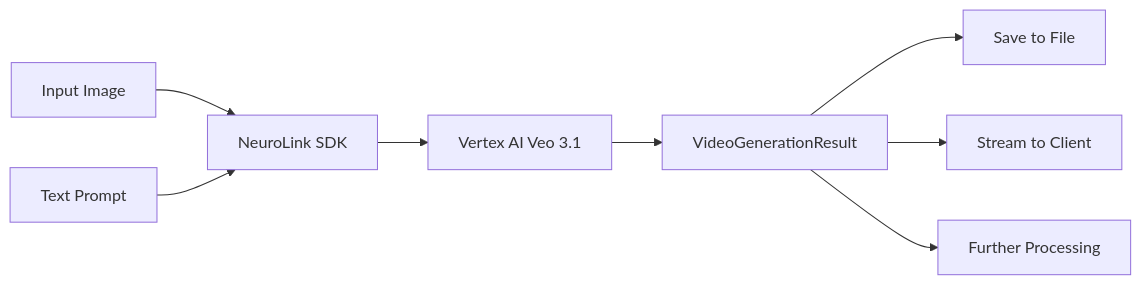
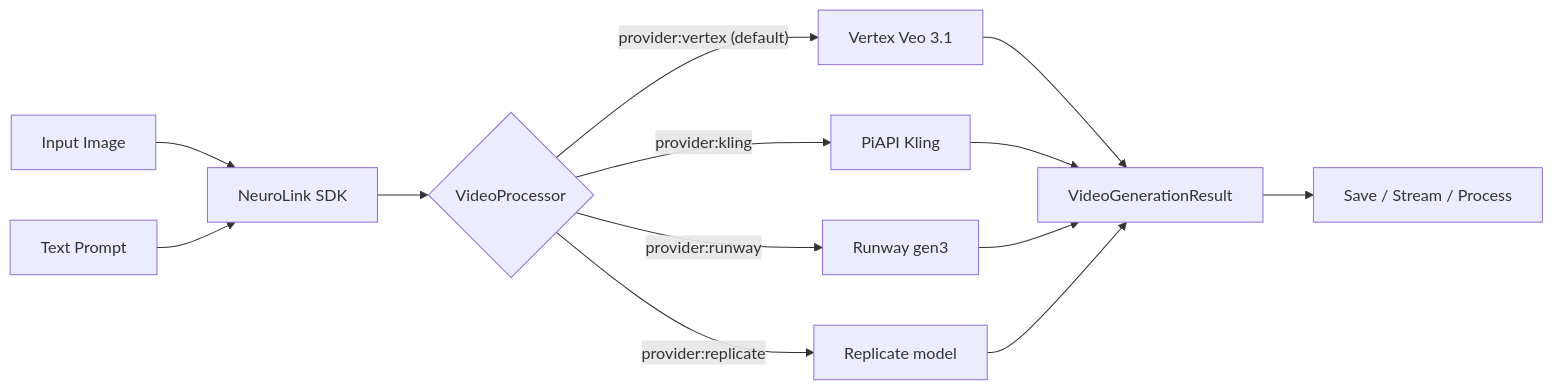
The diagram in docs/features/video-generation.md (juspay/neurolink), drawn with Mermaid before and after one commit. The commit also changed other lines of this file and 51 other files, not shown here.

````diff
--- a/docs/features/video-generation.md
+++ b/docs/features/video-generation.md
@@ -21,10 +21,15 @@
 ```mermaid
 graph LR
     A[Input Image] --> B[NeuroLink SDK]
     C[Text Prompt] --> B
-    B --> D[Vertex AI Veo 3.1]
-    D --> E[VideoGenerationResult]
-    E --> F[Save to File]
-    E --> G[Stream to Client]
-    E --> H[Further Processing]
+    B --> D{VideoProcessor}
+    D -->|"provider:vertex (default)"| E[Vertex Veo 3.1]
+    D -->|"provider:kling"| F[PiAPI Kling]
+    D -->|"provider:runway"| G[Runway gen3]
+    D -->|"provider:replicate"| H[Replicate model]
+    E --> I[VideoGenerationResult]
+    F --> I
+    G --> I
+    H --> I
+    I --> J[Save / Stream / Process]
 ```
````
